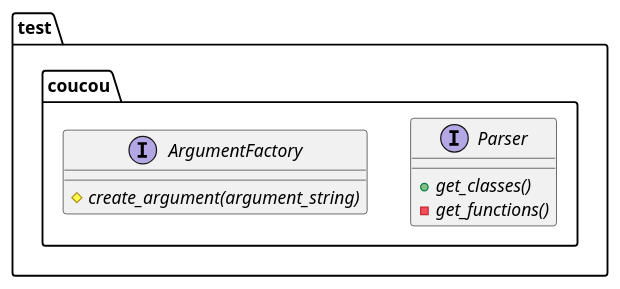
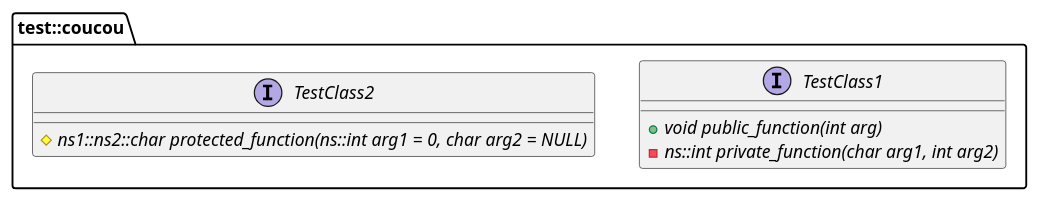
Before and after one commit to pngouembe/codegen: the diagram in test.plantuml, drawn with PlantUML. The commit also changed 10 other files, not shown here.

```diff
--- a/test.plantuml
+++ b/test.plantuml
@@ -1,16 +1,16 @@
 @startuml
 
-set namespaceSeparator ::
+' set namespaceSeparator ::
 
 namespace test::coucou{
 
-Interface Parser{
-    + {abstract} get_classes()
-    - {abstract} get_functions()
+Interface TestClass1{
+    + {abstract} void public_function(int arg)
+    - {abstract} ns::int private_function(char arg1, int arg2)
 }
 
-interface ArgumentFactory{
-    # {abstract} create_argument(argument_string)
+interface TestClass2{
+    # {abstract} ns1::ns2::char protected_function(ns::int arg1 = 0, char arg2 = NULL)
 }
 }
 @enduml
```
